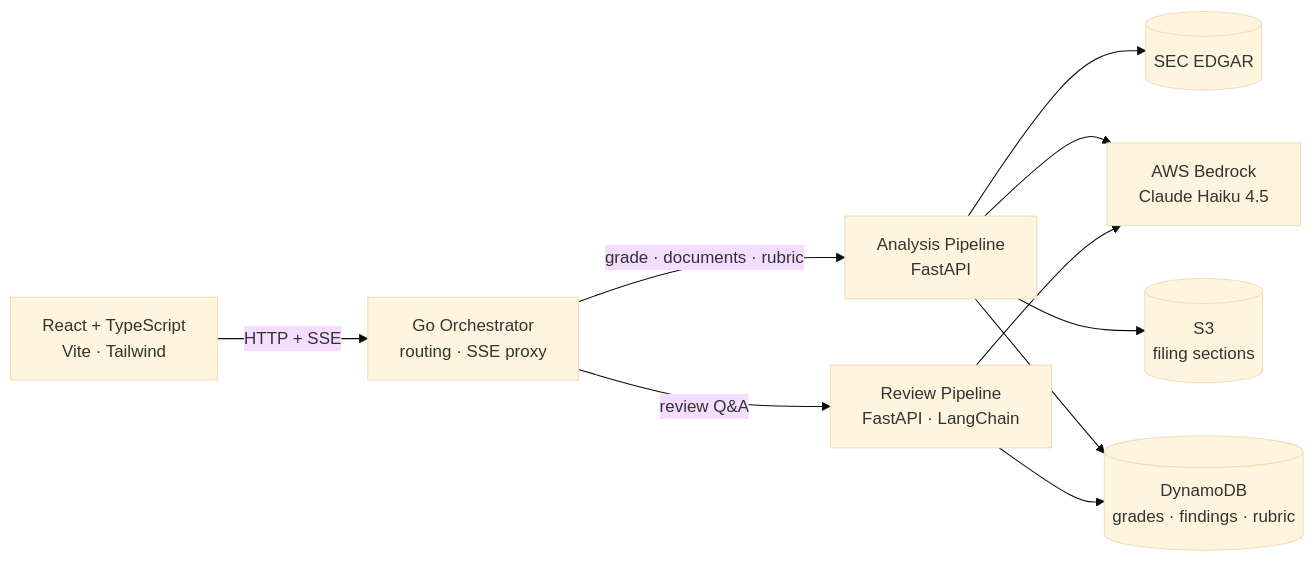
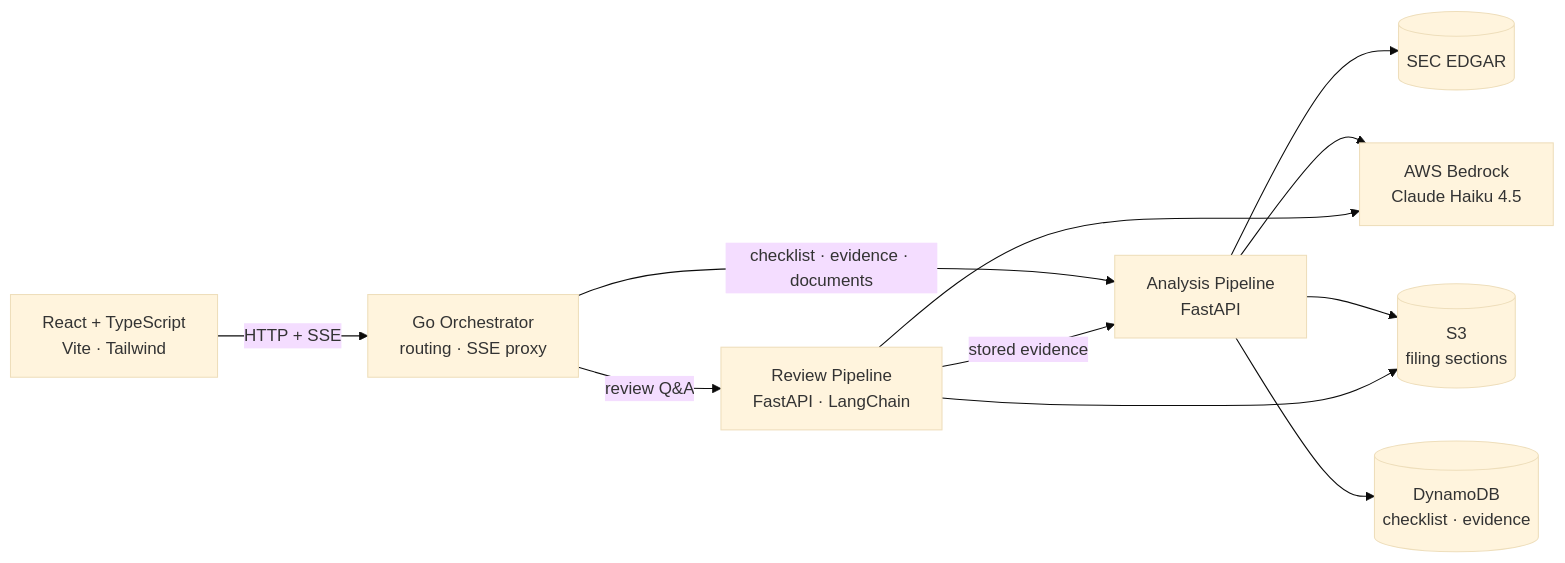
The diagram in README.md (ConnerDeFeo/Snowball), drawn with Mermaid (base theme) before and after one commit. The commit also changed other lines of this file and 89 other files, not shown here.

````diff
--- a/README.md
+++ b/README.md
@@ -43,21 +43,22 @@
 ```mermaid
 flowchart LR
     UI["React + TypeScript<br/>Vite · Tailwind"]
     ORCH["Go Orchestrator<br/>routing · SSE proxy"]
     AP["Analysis Pipeline<br/>FastAPI"]
     RP["Review Pipeline<br/>FastAPI · LangChain"]
     EDGAR[("SEC EDGAR")]
     BR["AWS Bedrock<br/>Claude Haiku 4.5"]
     S3[("S3<br/>filing sections")]
-    DDB[("DynamoDB<br/>grades · findings · rubric")]
+    DDB[("DynamoDB<br/>checklist · evidence")]
 
     UI -->|"HTTP + SSE"| ORCH
-    ORCH -->|"grade · documents · rubric"| AP
+    ORCH -->|"checklist · evidence · documents"| AP
     ORCH -->|"review Q&A"| RP
     AP --> EDGAR
     AP --> BR
     AP --> S3
     AP --> DDB
     RP --> BR
-    RP --> DDB
+    RP --> S3
+    RP -->|"stored evidence"| AP
 ```
````
